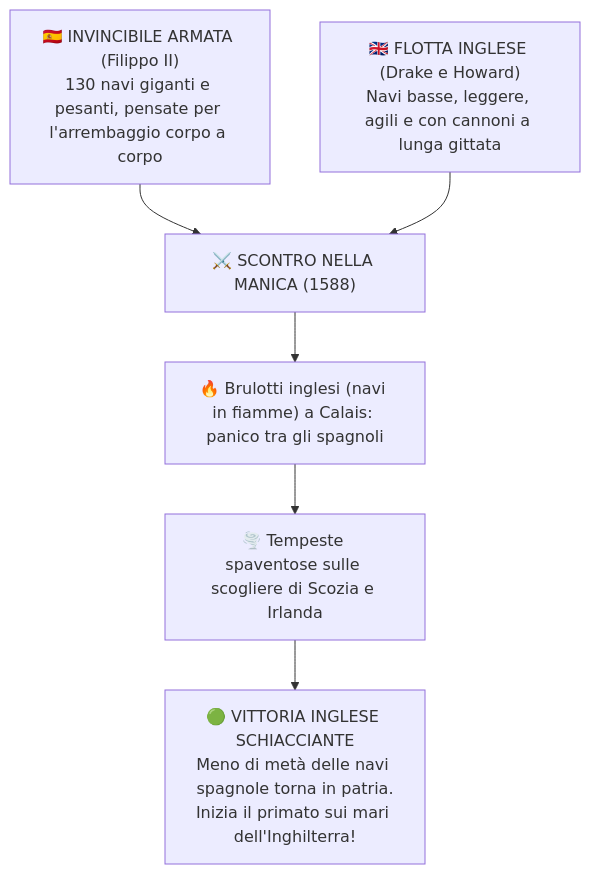
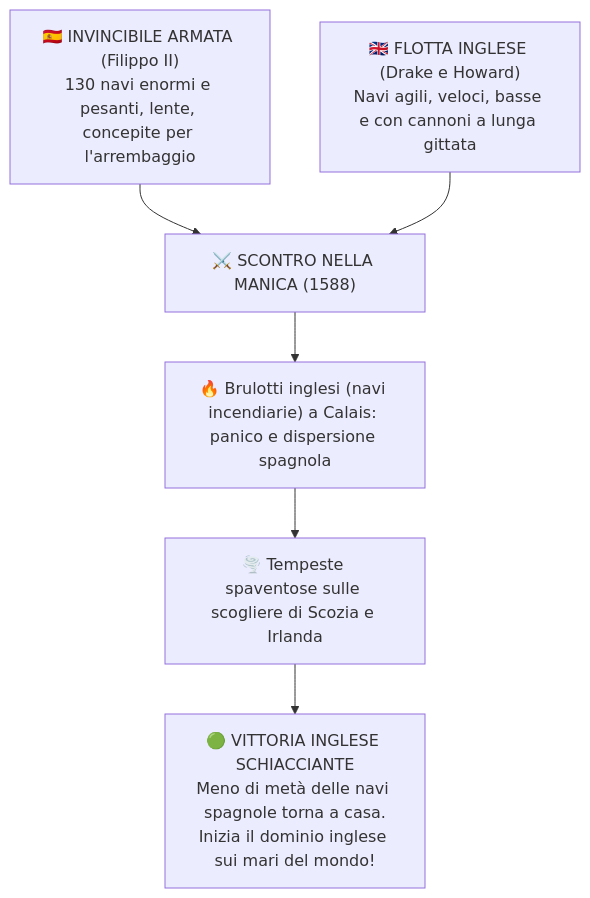
Before and after one commit to Ale3086/AppuntiAleCas: the diagram in content/Storia/Il Cinquecento/04_L'Inghilterra dei Tudor - Da Enrico VIII a Elisabetta I.md, drawn with Mermaid. The commit also changed other lines of this file and 134 other files, not shown here.

````diff
--- a/content/Storia/Il Cinquecento/04_L'Inghilterra dei Tudor - Da Enrico VIII a Elisabetta I.md
+++ b/content/Storia/Il Cinquecento/04_L'Inghilterra dei Tudor - Da Enrico VIII a Elisabetta I.md
@@ -74,11 +73,11 @@
 ```mermaid
 flowchart TD
-    FIL["🇪🇸 INVINCIBILE ARMATA (Filippo II)<br/>130 navi giganti e pesanti, pensate per l'arrembaggio corpo a corpo"] 
+    FIL["🇪🇸 INVINCIBILE ARMATA (Filippo II)<br/>130 navi enormi e pesanti, lente, concepite per l'arrembaggio"] 
     vs["⚔️ SCONTRO NELLA MANICA (1588)"]
-    ENG["🇬🇧 FLOTTA INGLESE (Drake e Howard)<br/>Navi basse, leggere, agili e con cannoni a lunga gittata"]
+    ENG["🇬🇧 FLOTTA INGLESE (Drake e Howard)<br/>Navi agili, veloci, basse e con cannoni a lunga gittata"]
     
     FIL & ENG --> vs
-    vs --> B1["🔥 Brulotti inglesi (navi in fiamme) a Calais: panico tra gli spagnoli"]
+    vs --> B1["🔥 Brulotti inglesi (navi incendiarie) a Calais: panico e dispersione spagnola"]
     B1 --> B2["🌪️ Tempeste spaventose sulle scogliere di Scozia e Irlanda"]
-    B2 --> ESITO["🟢 VITTORIA INGLESE SCHIACCIANTE<br/>Meno di metà delle navi spagnole torna in patria.<br/>Inizia il primato sui mari dell'Inghilterra!"]
+    B2 --> ESITO["🟢 VITTORIA INGLESE SCHIACCIANTE<br/>Meno di metà delle navi spagnole torna a casa.<br/>Inizia il dominio inglese sui mari del mondo!"]
 ```
````
